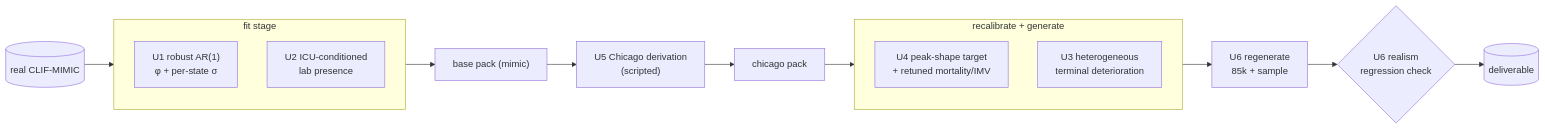
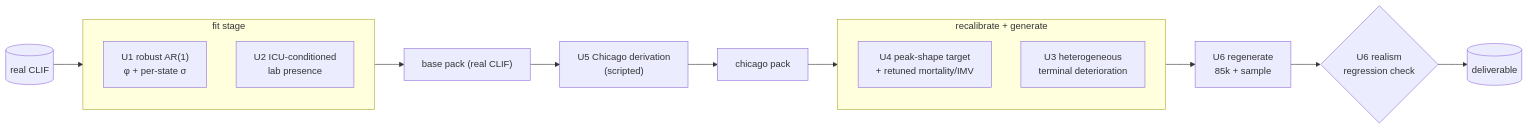
The diagram in docs/plans/2026-07-25-001-feat-close-realism-gaps-plan.md (riccc-rush-lab/clif_synthetic_2.1), drawn with Mermaid before and after one commit. The commit also changed other lines of this file and 26 other files, not shown here.

````diff
--- a/docs/plans/2026-07-25-001-feat-close-realism-gaps-plan.md
+++ b/docs/plans/2026-07-25-001-feat-close-realism-gaps-plan.md
@@ -129,19 +129,19 @@
 ```mermaid
 flowchart LR
-    R[("real CLIF-MIMIC")] --> FITG
+    R[("real CLIF")] --> FITG
     subgraph FITG["fit stage"]
       A["U1 robust AR(1)<br>φ + per-state σ"]
       L["U2 ICU-conditioned<br>lab presence"]
     end
-    FITG --> BP["base pack (mimic)"]
+    FITG --> BP["base pack (real CLIF)"]
     BP --> DER["U5 Chicago derivation<br>(scripted)"]
     DER --> CP["chicago pack"]
     CP --> RECG
     subgraph RECG["recalibrate + generate"]
       P["U4 peak-shape target<br>+ retuned mortality/IMV"]
       T["U3 heterogeneous<br>terminal deterioration"]
     end
     RECG --> GEN["U6 regenerate<br>85k + sample"]
     GEN --> V{"U6 realism<br>regression check"}
     V --> OUT[("deliverable")]
 ```
````
